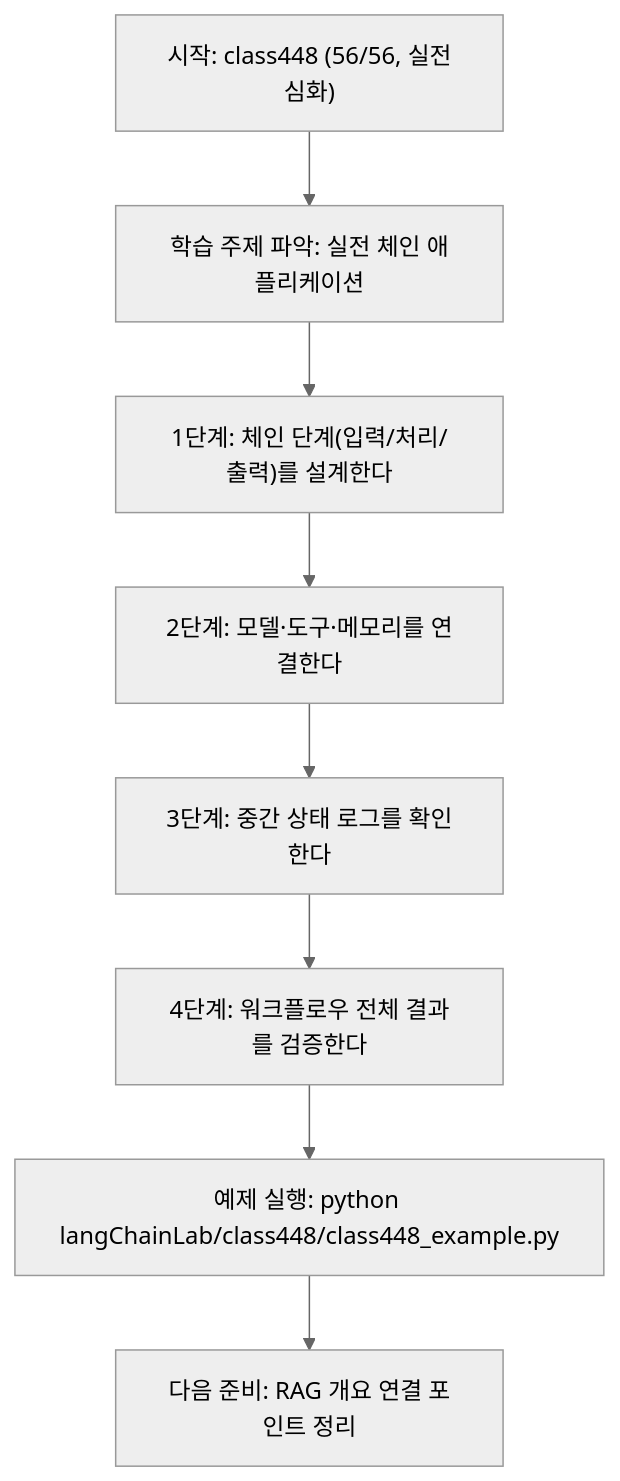
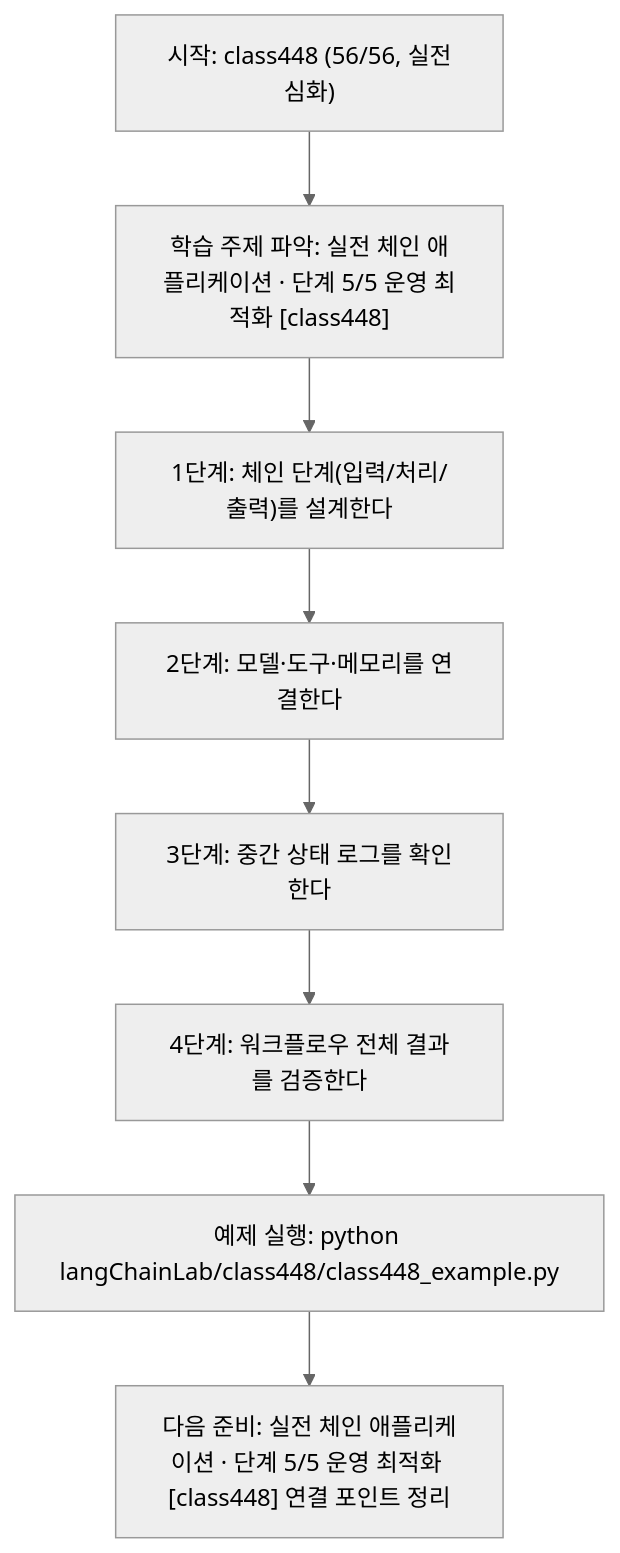
One commit to edumgt/Python-AI_Agent-Class changed the diagram in langChainLab/class448/class448.md. Above: the diagram before and after it, drawn with Mermaid (neutral theme). The commit also changed other lines of this file and 522 other files, not shown here.

````diff
--- a/langChainLab/class448/class448.md
+++ b/langChainLab/class448/class448.md
@@ -109,18 +110,18 @@
 ```mermaid
 flowchart TD
 N1["시작: class448 (56/56, 실전심화)"]
-N2["학습 주제 파악: 실전 체인 애플리케이션"]
+N2["학습 주제 파악: 실전 체인 애플리케이션 · 단계 5/5 운영 최적화 [class448]"]
 N3["1단계: 체인 단계(입력/처리/출력)를 설계한다"]
 N4["2단계: 모델·도구·메모리를 연결한다"]
 N5["3단계: 중간 상태 로그를 확인한다"]
 N6["4단계: 워크플로우 전체 결과를 검증한다"]
 N7["예제 실행: python langChainLab/class448/class448_example.py"]
-N8["다음 준비: RAG 개요 연결 포인트 정리"]
+N8["다음 준비: 실전 체인 애플리케이션 · 단계 5/5 운영 최적화 [class448] 연결 포인트 정리"]
 N1 --> N2
 N2 --> N3
 N3 --> N4
 N4 --> N5
 N5 --> N6
 N6 --> N7
 N7 --> N8
 ```
````
